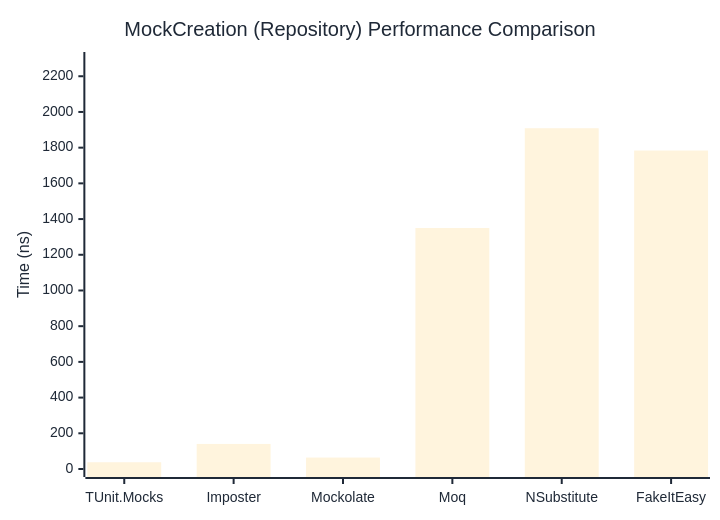
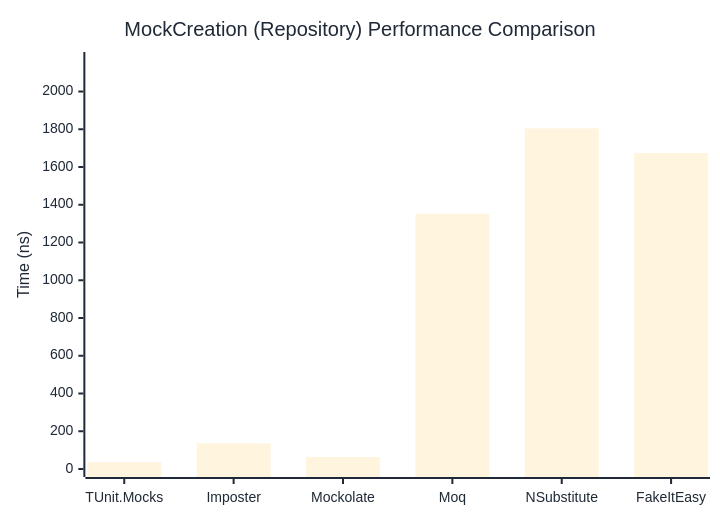
The second of 2 diagrams in docs/docs/benchmarks/mocks/MockCreation.md (thomhurst/TUnit), drawn with Mermaid before and after one commit. The commit also changed other lines of this file and 14 other files, not shown here.

````diff
--- a/docs/docs/benchmarks/mocks/MockCreation.md
+++ b/docs/docs/benchmarks/mocks/MockCreation.md
@@ -69,27 +69,27 @@
 ```mermaid
 %%{init: {
   'theme':'base',
   'themeVariables': {
     'primaryColor': '#2563eb',
     'primaryTextColor': '#1f2937',
     'primaryBorderColor': '#1e40af',
     'lineColor': '#6b7280',
     'secondaryColor': '#7c3aed',
     'tertiaryColor': '#dc2626',
     'background': '#ffffff',
     'pie1': '#2563eb',
     'pie2': '#7c3aed',
     'pie3': '#dc2626',
     'pie4': '#f59e0b',
     'pie5': '#10b981',
     'pie6': '#06b6d4',
     'pie7': '#ec4899',
     'pie8': '#6366f1'
   }
 }}%%
 xychart-beta
   title "MockCreation (Repository) Performance Comparison"
   x-axis ["TUnit.Mocks", "Imposter", "Mockolate", "Moq", "NSubstitute", "FakeItEasy"]
-  y-axis "Time (ns)" 0 --> 2291
-  bar [37.87, 140.4, 64.01, 1349.92, 1908.86, 1783.93]
+  y-axis "Time (ns)" 0 --> 2167
+  bar [36.28, 135.79, 63.14, 1352.94, 1805.12, 1673.65]
 ```
````
